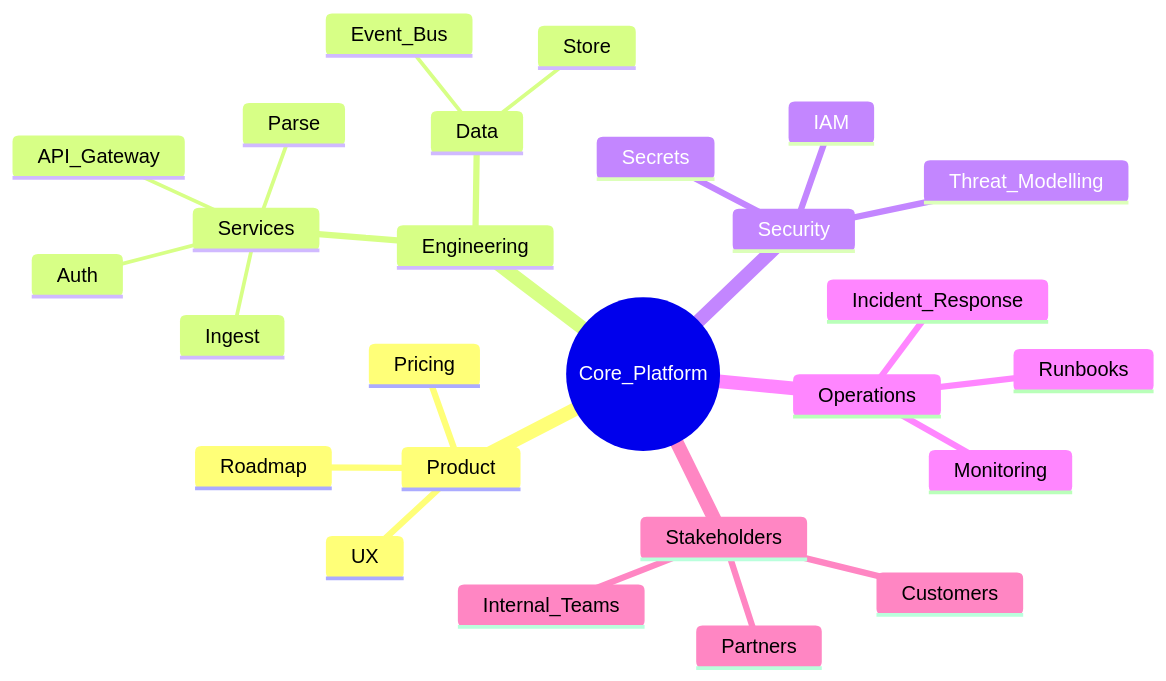
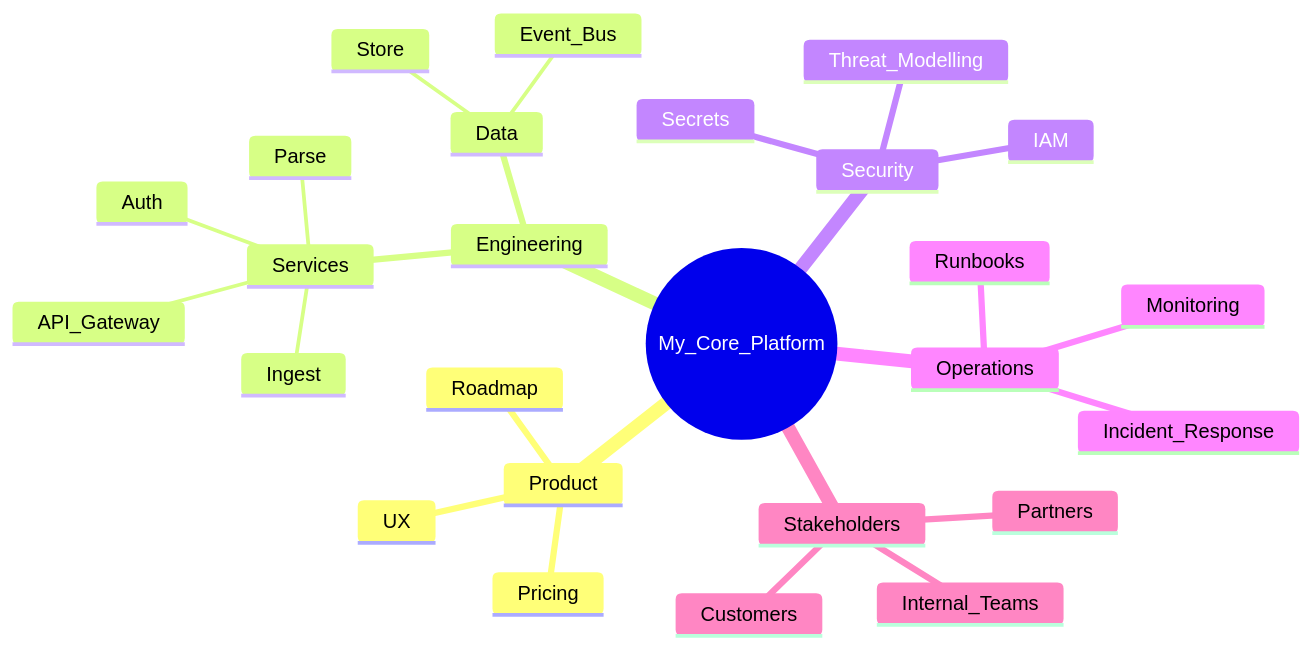
The diagram in diagrams-src/PlatformMindMap.mmd (Beyondthemountain/RoboMermaid), drawn with Mermaid before and after one commit.

Commit message:
edit core diagram test

```diff
--- a/diagrams-src/PlatformMindMap.mmd
+++ b/diagrams-src/PlatformMindMap.mmd
@@ -1,58 +1,58 @@
 mindmap
 %% Global (included in all views)
-  root((Core_Platform))
+  root((My_Core_Platform))
 
 %%@view:overview,product
     Product
 %%@view:product
       Roadmap
 %%@view:product
       UX
 %%@view:product
       Pricing
 
 %%@view:overview,engineering
     Engineering
 %%@view:engineering
       Services
 %%@view:engineering
         API_Gateway
 %%@view:engineering
         Auth
 %%@view:engineering
         Ingest
 %%@view:engineering
         Parse
 %%@view:engineering
       Data
 %%@view:engineering
         Store
 %%@view:engineering
         Event_Bus
 
 %%@view:overview,security
     Security
 %%@view:security
       IAM
 %%@view:security
       Secrets
 %%@view:security
       Threat_Modelling
 
 %%@view:overview,ops
     Operations
 %%@view:ops
       Monitoring
 %%@view:ops
       Incident_Response
 %%@view:ops
       Runbooks
 
 %%@view:overview,stakeholders
     Stakeholders
 %%@view:stakeholders
       Customers
 %%@view:stakeholders
       Partners
 %%@view:stakeholders
       Internal_Teams
```
